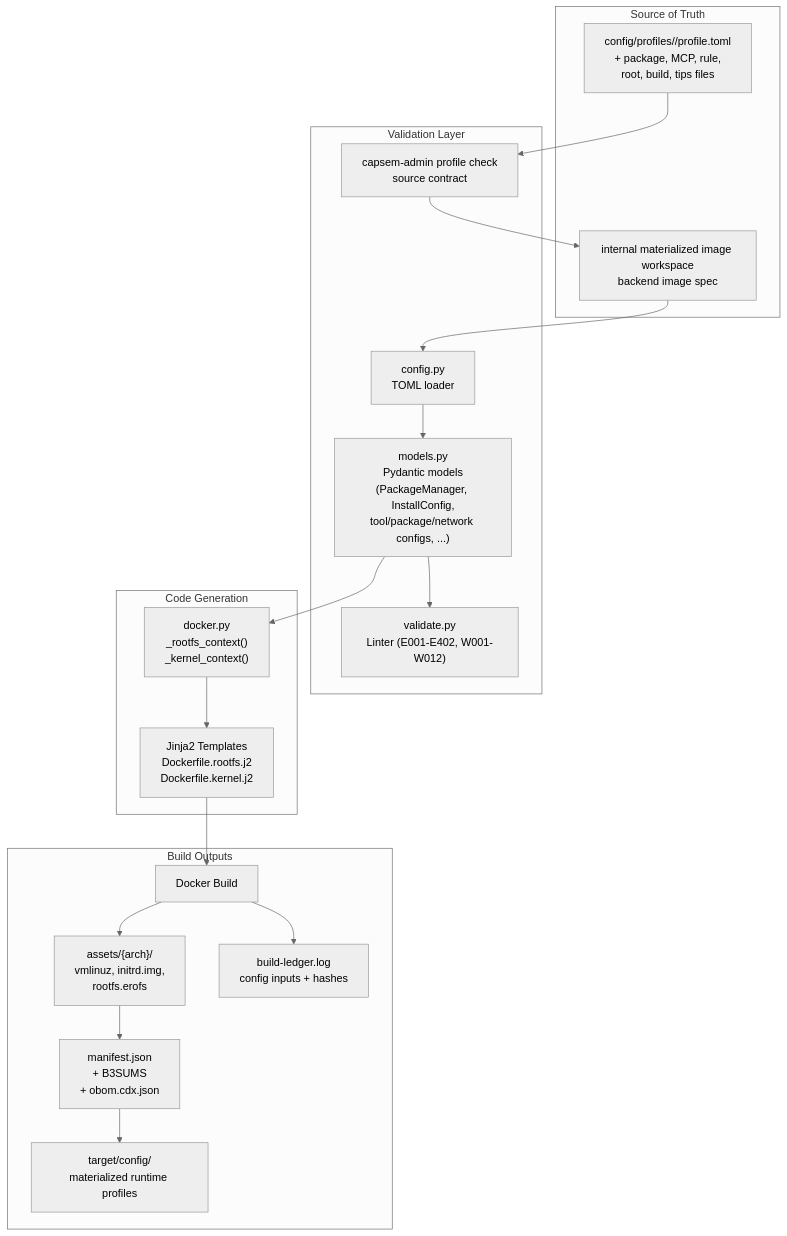
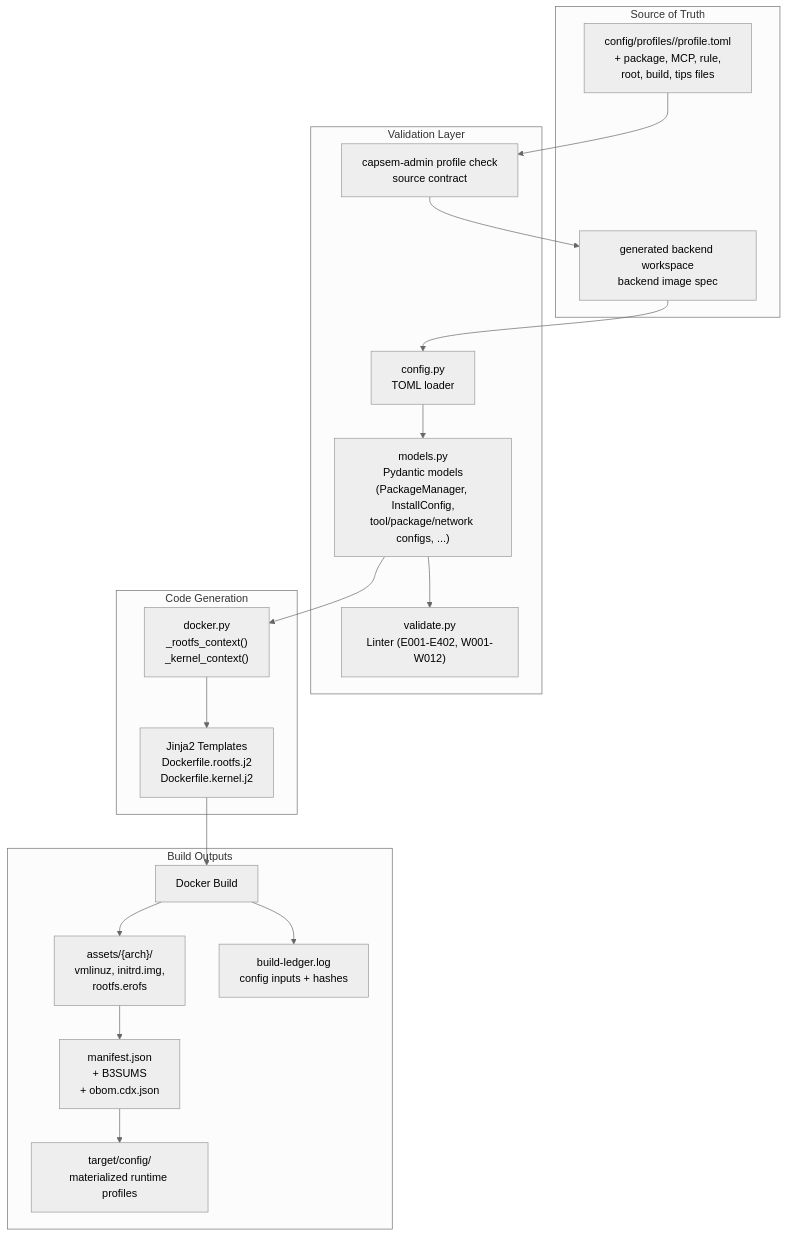
Before and after one commit to google/capsem: the first of 5 diagrams in docs/src/content/docs/architecture/build-system.md, drawn with Mermaid (neutral theme). The commit also changed other lines of this file and 8 other files, not shown here.

````diff
--- a/docs/src/content/docs/architecture/build-system.md
+++ b/docs/src/content/docs/architecture/build-system.md
@@ -17,40 +17,40 @@
 ```mermaid
 flowchart TD
   subgraph Input["Source of Truth"]
     PROFILE["config/profiles/<id>/profile.toml\n+ package, MCP, rule,\nroot, build, tips files"]
-    MATERIALIZED["internal materialized image workspace\nbackend image spec"]
+    MATERIALIZED["generated backend workspace\nbackend image spec"]
   end
 
   subgraph Validation["Validation Layer"]
     Profile["capsem-admin profile check\nsource contract"]
     Config["config.py\nTOML loader"]
     Models["models.py\nPydantic models\n(PackageManager, InstallConfig,\ntool/package/network configs, ...)"]
     Validate["validate.py\nLinter (E001-E402, W001-W012)"]
   end
 
   subgraph Generation["Code Generation"]
     Context["docker.py\n_rootfs_context()\n_kernel_context()"]
     Jinja["Jinja2 Templates\nDockerfile.rootfs.j2\nDockerfile.kernel.j2"]
   end
 
   subgraph Output["Build Outputs"]
     Docker["Docker Build"]
     Assets["assets/{arch}/\nvmlinuz, initrd.img,\nrootfs.erofs"]
     Ledger["build-ledger.log\nconfig inputs + hashes"]
     BOM["manifest.json\n+ B3SUMS\n+ obom.cdx.json"]
     RuntimeConfig["target/config/\nmaterialized runtime profiles"]
   end
 
   PROFILE --> Profile
   Profile --> MATERIALIZED
   MATERIALIZED --> Config
   Config --> Models
   Models --> Validate
   Models --> Context
   Context --> Jinja
   Jinja --> Docker
   Docker --> Assets
   Docker --> Ledger
   Assets --> BOM
   BOM --> RuntimeConfig
 ```
````
